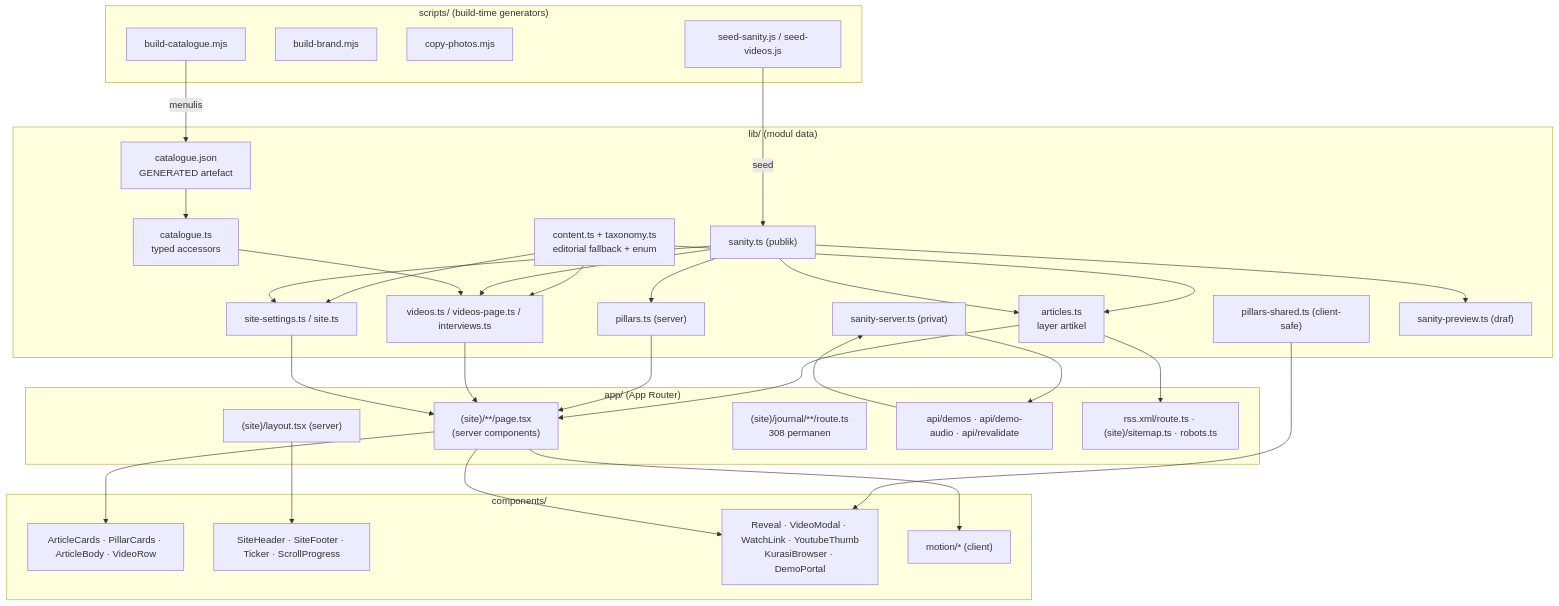
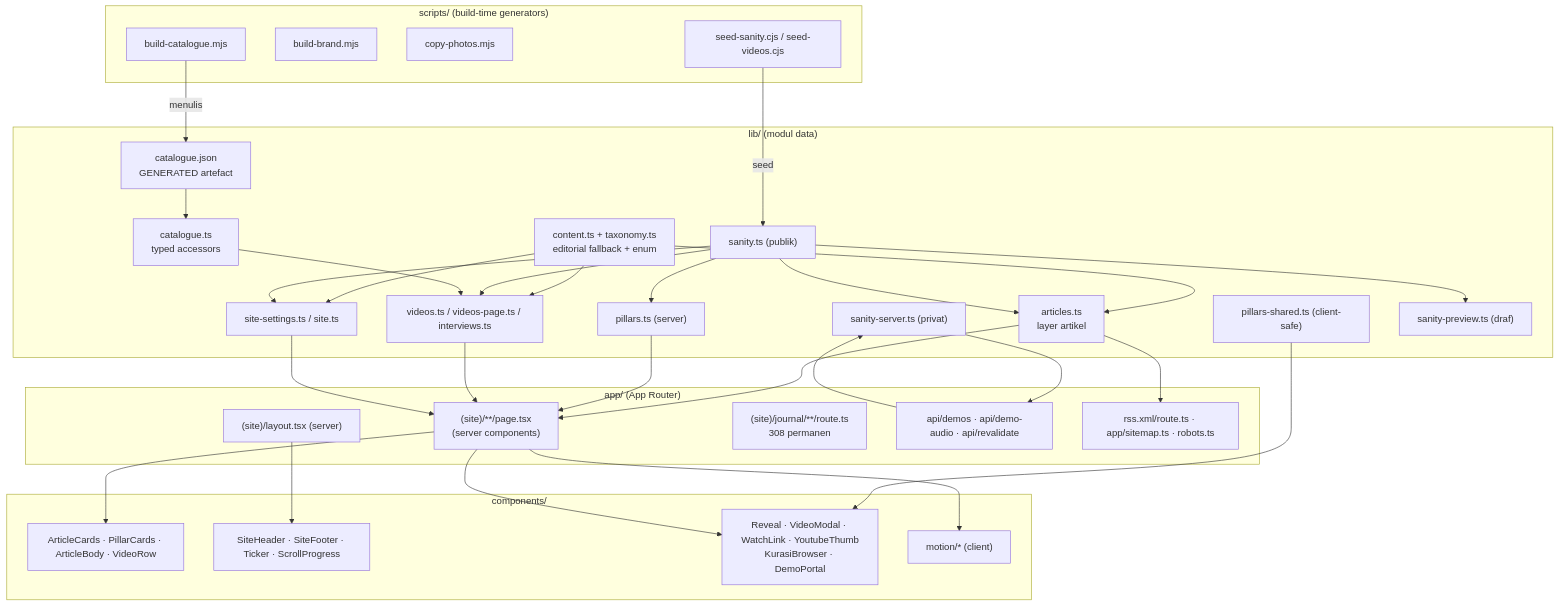
The third of 6 diagrams in docs/ARCHITECTURE.md (albiruby/melodialam-website), drawn with Mermaid before and after one commit. The commit also changed other lines of this file and 53 other files, not shown here.

````diff
--- a/docs/ARCHITECTURE.md
+++ b/docs/ARCHITECTURE.md
@@ -276,63 +276,63 @@
 ```mermaid
 graph TB
   subgraph scripts["scripts/ (build-time generators)"]
     bc["build-catalogue.mjs"]
     bb["build-brand.mjs"]
     cp["copy-photos.mjs"]
-    ss["seed-sanity.js / seed-videos.js"]
+    ss["seed-sanity.cjs / seed-videos.cjs"]
   end
 
   subgraph lib["lib/ (modul data)"]
     content["content.ts + taxonomy.ts<br/>editorial fallback + enum"]
     articles["articles.ts<br/>layer artikel"]
     pillars["pillars.ts (server)"]
     pshared["pillars-shared.ts (client-safe)"]
     videos["videos.ts / videos-page.ts / interviews.ts"]
     settings["site-settings.ts / site.ts"]
     sanity["sanity.ts (publik)"]
     sserver["sanity-server.ts (privat)"]
     spreview["sanity-preview.ts (draf)"]
     catjson["catalogue.json<br/>GENERATED artefact"]
     catts["catalogue.ts<br/>typed accessors"]
   end
 
   subgraph app["app/ (App Router)"]
     layout["(site)/layout.tsx (server)"]
     pages["(site)/**/page.tsx<br/>(server components)"]
     redirect["(site)/journal/**/route.ts<br/>308 permanen"]
     api["api/demos · api/demo-audio · api/revalidate"]
-    feed["rss.xml/route.ts · (site)/sitemap.ts · robots.ts"]
+    feed["rss.xml/route.ts · app/sitemap.ts · robots.ts"]
   end
 
   subgraph comp["components/"]
     cards["ArticleCards · PillarCards · ArticleBody · VideoRow"]
     shell["SiteHeader · SiteFooter · Ticker · ScrollProgress"]
     client["Reveal · VideoModal · WatchLink · YoutubeThumb<br/>KurasiBrowser · DemoPortal"]
     motionc["motion/* (client)"]
   end
 
   bc -->|"menulis"| catjson
   catjson --> catts
   content --> articles
   content --> settings
   content --> videos
   sanity --> articles
   sanity --> pillars
   sanity --> videos
   sanity --> settings
   sanity --> spreview
   sserver --> api
   catts --> videos
   articles --> pages
   pillars --> pages
   videos --> pages
   settings --> pages
   pshared --> client
   articles --> feed
   pages --> cards
   pages --> client
   pages --> motionc
   layout --> shell
   api --> sserver
   ss -->|"seed"| sanity
 ```
````
